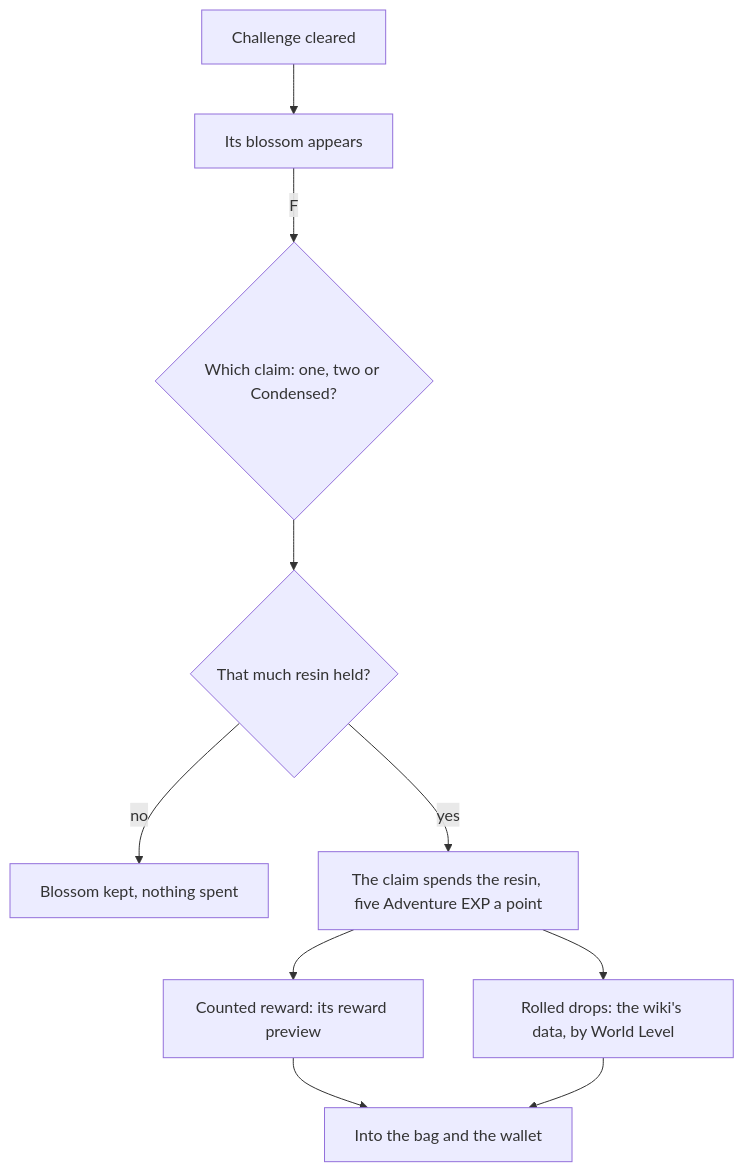
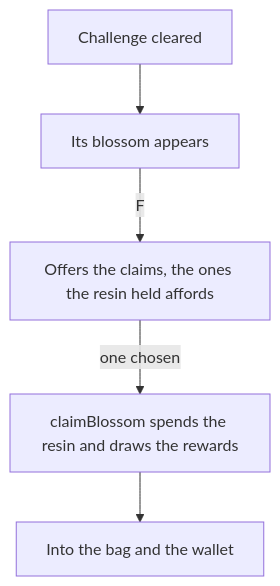
One commit to Esposter/Esposter changed the diagram in apps/web/content/docs/proposals/genshin/original-resin.md. Above: the diagram before and after it, drawn with Mermaid. The commit also changed other lines of this file and 5 other files, not shown here.

First line of the commit message:
docs(genshin): the proposals for genius invokation, imaginarium theater, inventory, ley line outcrops, map unlocking and original resin hold only what is unbuilt, and the claim's prices point to the as-built page

````diff
--- a/apps/web/content/docs/proposals/genshin/original-resin.md
+++ b/apps/web/content/docs/proposals/genshin/original-resin.md
@@ -30,12 +26,7 @@
 ```mermaid
 flowchart TD
   CLEAR["Challenge cleared"] --> BLOSSOM["Its blossom appears"]
-  BLOSSOM -->|"F"| OFFER{"Which claim: one, two or Condensed?"}
-  OFFER --> AFFORD{"That much resin held?"}
-  AFFORD -->|"no"| KEEP["Blossom kept, nothing spent"]
-  AFFORD -->|"yes"| SPEND["The claim spends the resin, five Adventure EXP a point"]
-  SPEND --> FIXED["Counted reward: its reward preview"]
-  SPEND --> ROLL["Rolled drops: the wiki's data, by World Level"]
-  FIXED --> BAG["Into the bag and the wallet"]
-  ROLL --> BAG
+  BLOSSOM -->|"F"| OFFER["Offers the claims, the ones the resin held affords"]
+  OFFER -->|"one chosen"| CLAIM["claimBlossom spends the resin and draws the rewards"]
+  CLAIM --> BAG["Into the bag and the wallet"]
 ```
````
